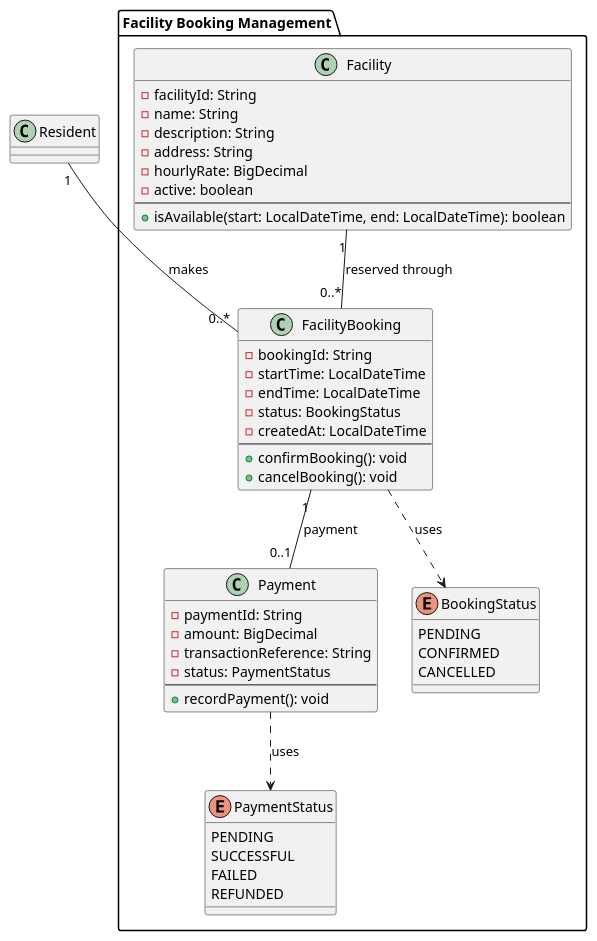
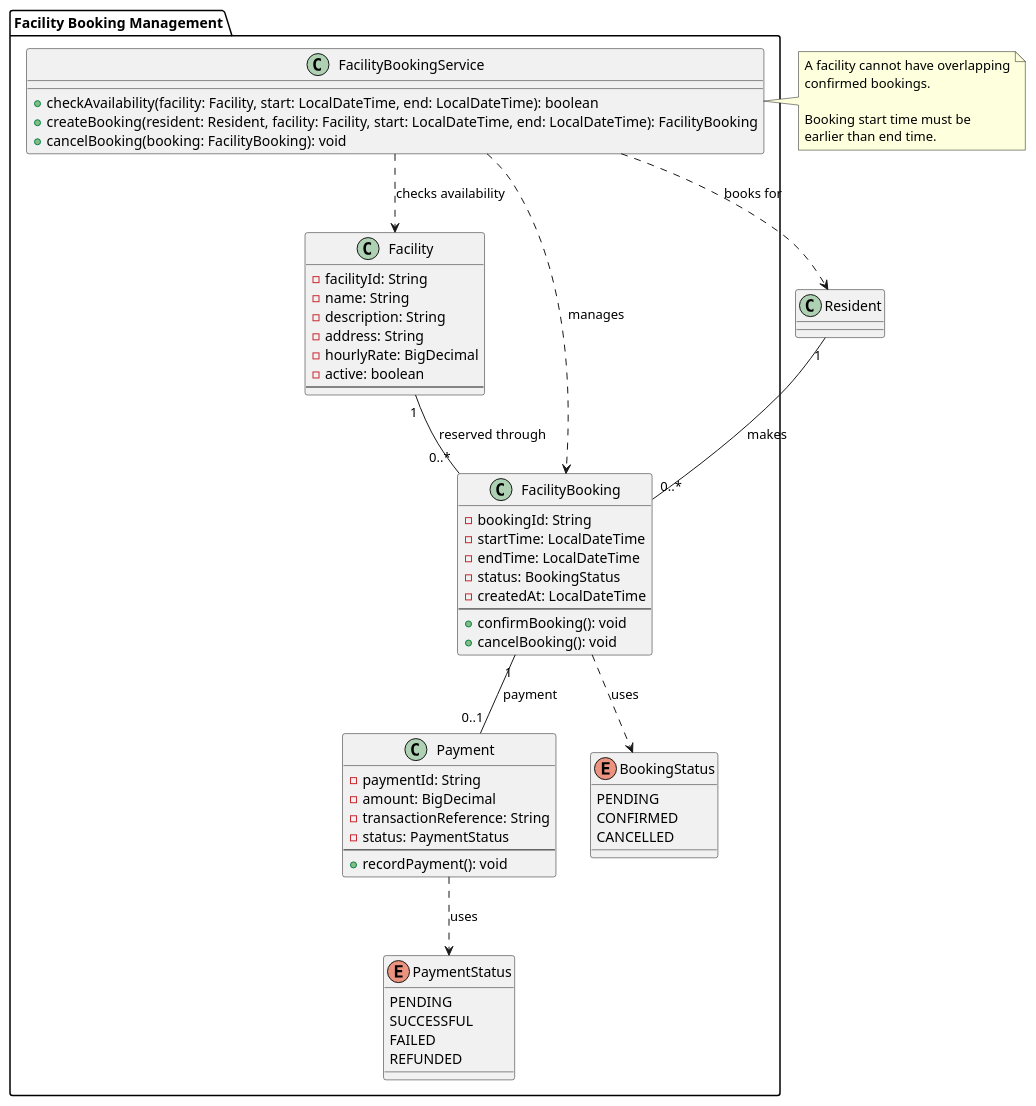
The diagram in docs/uml/modules/facility-booking.puml (gg-sajanbasnet/ICT602-MEL_S2_2026-1), drawn with PlantUML before and after one commit. The commit also changed 3 other files, not shown here.

Commit message:
docs(uml): separate domain classes from integration services

```diff
--- a/docs/uml/modules/facility-booking.puml
+++ b/docs/uml/modules/facility-booking.puml
@@ -1,64 +1,80 @@
 
 ' =========================================
 ' FACILITY BOOKING MANAGEMENT MODULE
 ' =========================================
 
 package "Facility Booking Management" {
 
   class Facility {
     - facilityId: String
     - name: String
     - description: String
     - address: String
     - hourlyRate: BigDecimal
     - active: boolean
     --
-    + isAvailable(start: LocalDateTime, end: LocalDateTime): boolean
   }
 
   class FacilityBooking {
     - bookingId: String
     - startTime: LocalDateTime
     - endTime: LocalDateTime
     - status: BookingStatus
     - createdAt: LocalDateTime
     --
     + confirmBooking(): void
     + cancelBooking(): void
   }
 
   class Payment {
     - paymentId: String
     - amount: BigDecimal
     - transactionReference: String
     - status: PaymentStatus
     --
     + recordPayment(): void
+  }
+
+  class FacilityBookingService {
+    + checkAvailability(facility: Facility, start: LocalDateTime, end: LocalDateTime): boolean
+    + createBooking(resident: Resident, facility: Facility, start: LocalDateTime, end: LocalDateTime): FacilityBooking
+    + cancelBooking(booking: FacilityBooking): void
   }
 
   enum BookingStatus {
     PENDING
     CONFIRMED
     CANCELLED
   }
 
   enum PaymentStatus {
     PENDING
     SUCCESSFUL
     FAILED
     REFUNDED
   }
 }
 
 ' =========================================
 ' FACILITY BOOKING RELATIONSHIPS
 ' =========================================
 
 Resident "1" -- "0..*" FacilityBooking : makes
 
 Facility "1" -- "0..*" FacilityBooking : reserved through
 
 FacilityBooking "1" -- "0..1" Payment : payment
 
 FacilityBooking ..> BookingStatus : uses
 Payment ..> PaymentStatus : uses
+FacilityBookingService ..> Facility : checks availability
+FacilityBookingService ..> FacilityBooking : manages
+FacilityBookingService ..> Resident : books for
+
+note right of FacilityBookingService
+  A facility cannot have overlapping
+  confirmed bookings.
+
+  Booking start time must be
+  earlier than end time.
+end note
```
